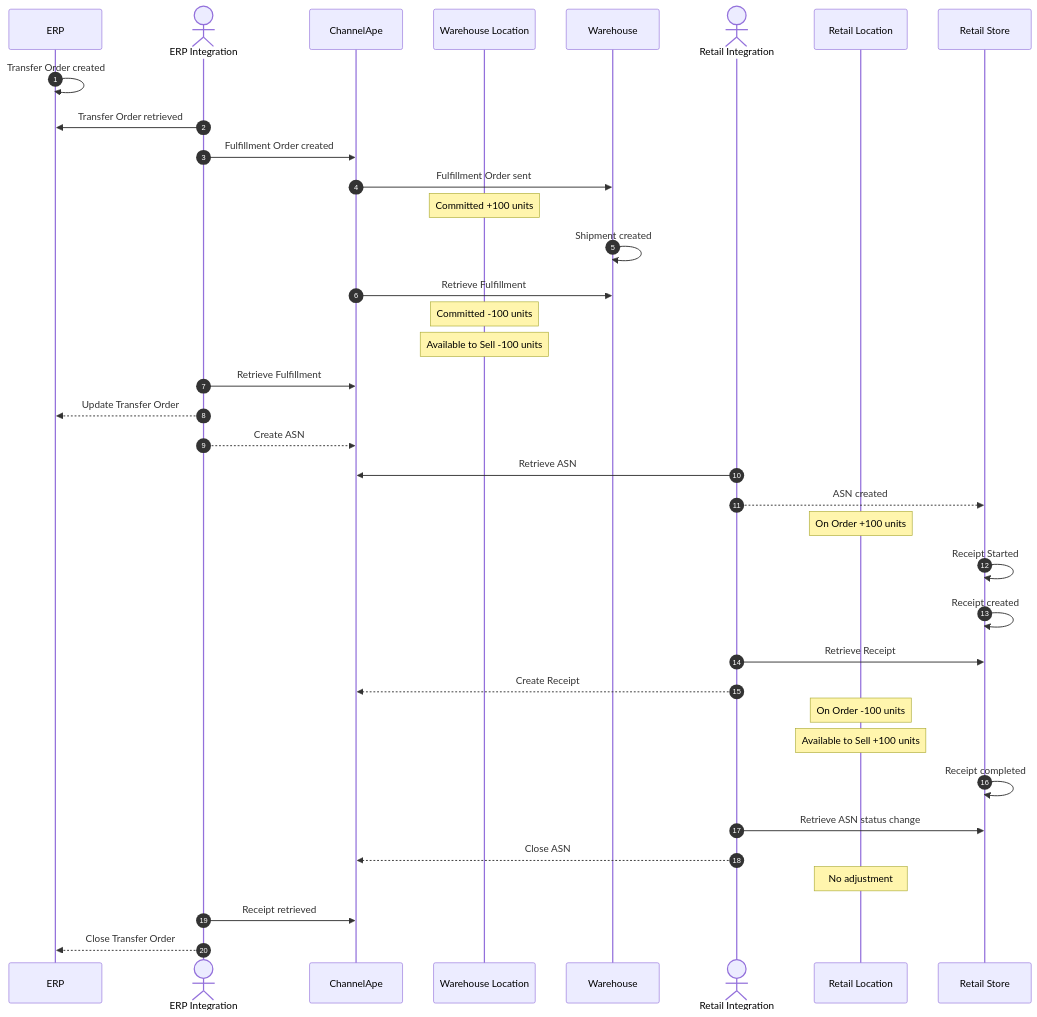
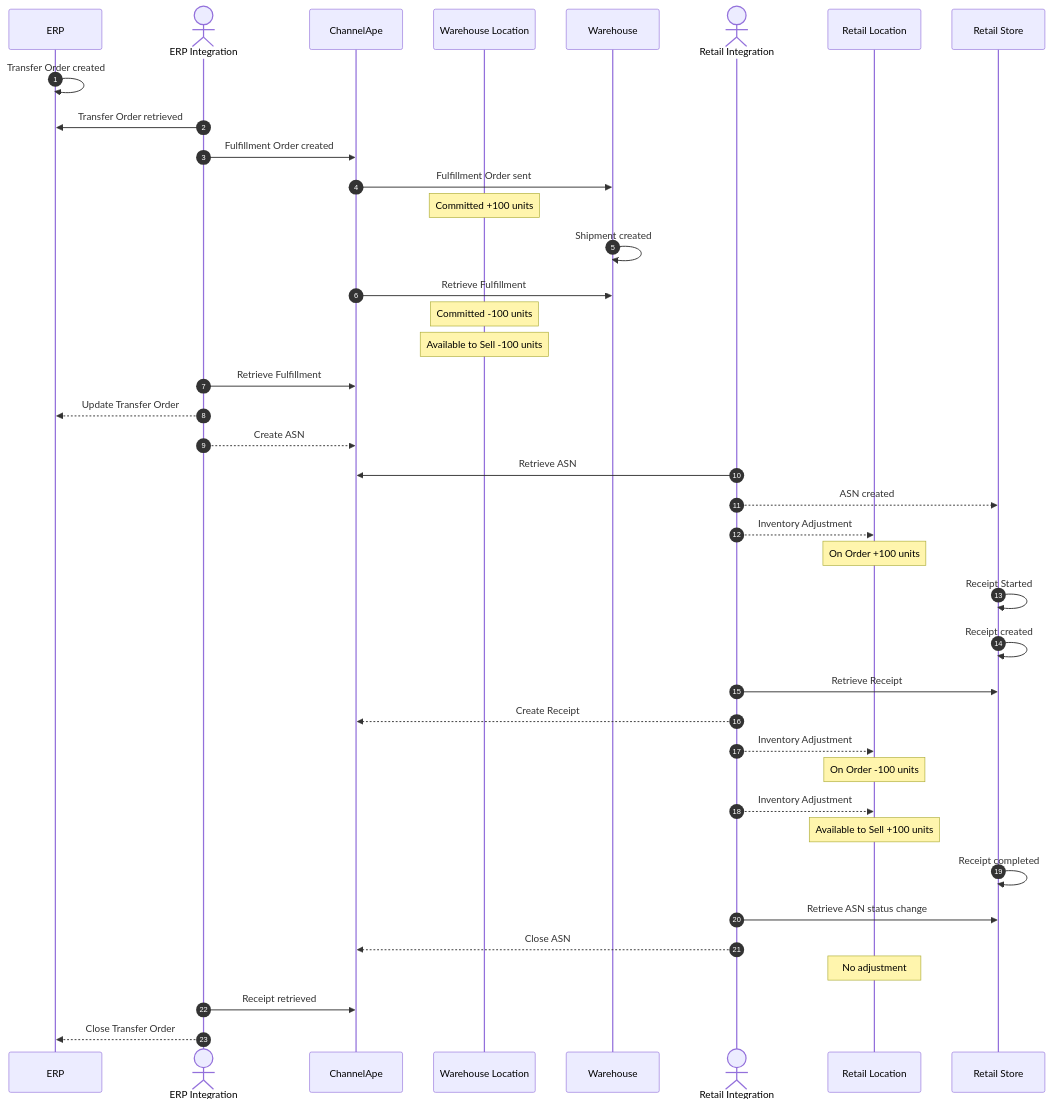
Before and after one commit to ChannelApe/channelape-docs: the first of 6 diagrams in data-flows/transfer-orders/README.md, drawn with Mermaid. The commit also changed other lines of this file, not shown here.

Commit message:
Added sequences for actor & retail location adjustments

````diff
--- a/data-flows/transfer-orders/README.md
+++ b/data-flows/transfer-orders/README.md
@@ -24,51 +24,54 @@
 ```mermaid
 sequenceDiagram
     autonumber
     participant ERP
     actor ERP Integration
     participant ChannelApe
     participant Warehouse Location
     participant Warehouse
     actor Retail Integration
     participant Retail Location
     participant Retail Store
 
     ERP->>ERP: Transfer Order created
 
     ERP Integration->>ERP: Transfer Order retrieved
     ERP Integration->>ChannelApe: Fulfillment Order created
 
     ChannelApe->>Warehouse: Fulfillment Order sent
     note over Warehouse Location: Committed +100 units
 
     Warehouse->>Warehouse: Shipment created
     
     ChannelApe->>Warehouse: Retrieve Fulfillment
     note over Warehouse Location: Committed -100 units
     note over Warehouse Location: Available to Sell -100 units
 
     ERP Integration->>ChannelApe: Retrieve Fulfillment
     ERP Integration-->>ERP: Update Transfer Order
     ERP Integration-->>ChannelApe: Create ASN
     
     Retail Integration->>ChannelApe: Retrieve ASN
     Retail Integration-->>Retail Store: ASN created
+    Retail Integration-->>Retail Location: Inventory Adjustment
     note over Retail Location: On Order +100 units
 
     Retail Store->>Retail Store: Receipt Started
 
     Retail Store->>Retail Store: Receipt created
     Retail Integration->>Retail Store: Retrieve Receipt
     Retail Integration-->>ChannelApe: Create Receipt
+    Retail Integration-->>Retail Location: Inventory Adjustment
     note over Retail Location: On Order -100 units
+    Retail Integration-->>Retail Location: Inventory Adjustment
     note over Retail Location: Available to Sell +100 units
 
     Retail Store->>Retail Store: Receipt completed
 
     Retail Integration->>Retail Store: Retrieve ASN status change
     Retail Integration-->>ChannelApe: Close ASN
     note over Retail Location: No adjustment
 
     ERP Integration->>ChannelApe: Receipt retrieved
     ERP Integration-->>ERP: Close Transfer Order
 ```
````
